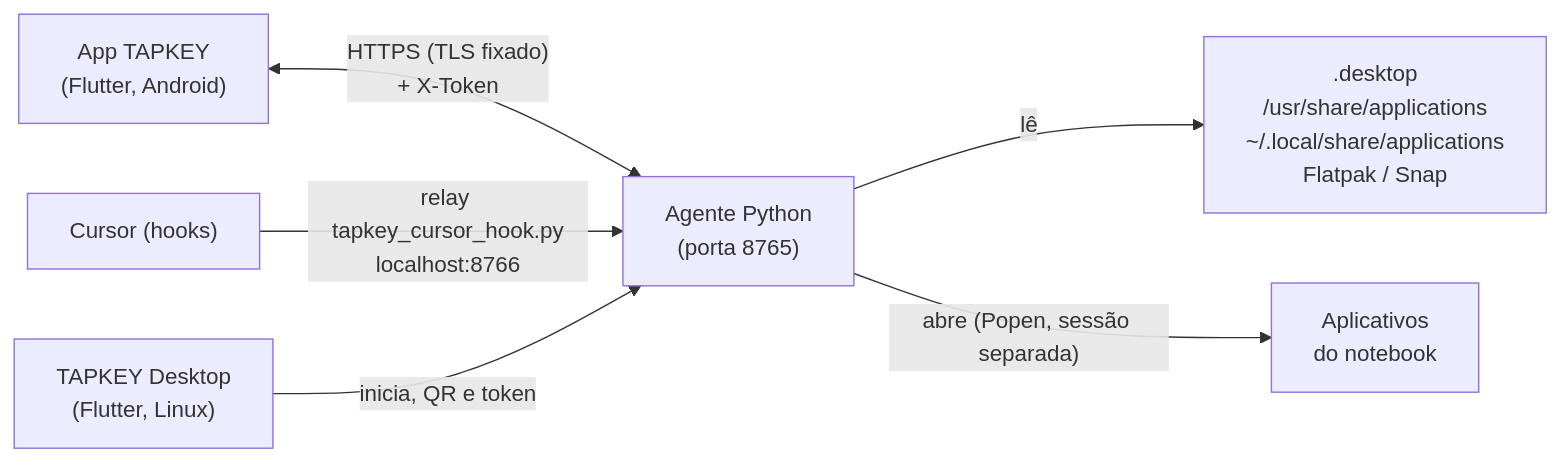
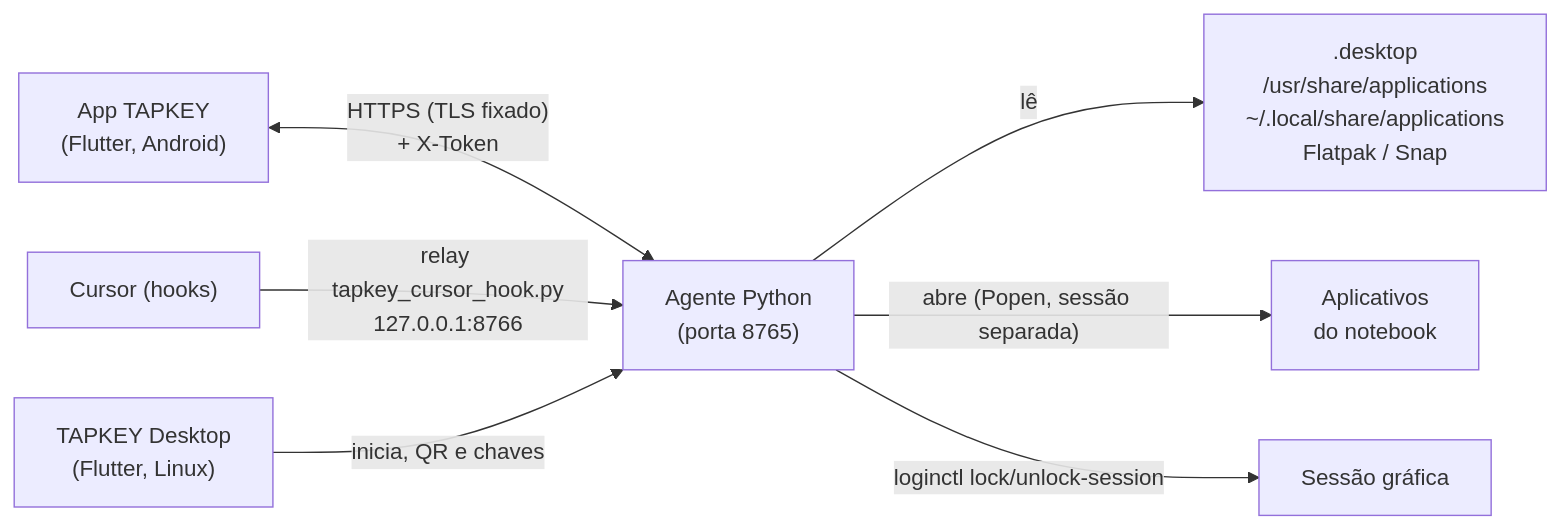
Before and after one commit to heliorosadoneto/TAPKEY: the diagram in README.md, drawn with Mermaid. The commit also changed other lines of this file and 12 other files, not shown here.

````diff
--- a/README.md
+++ b/README.md
@@ -117,8 +148,9 @@
 ```mermaid
 flowchart LR
     A["App TAPKEY<br/>(Flutter, Android)"] <-->|"HTTPS (TLS fixado)<br/>+ X-Token"| B["Agente Python<br/>(porta 8765)"]
-    K["Cursor (hooks)"] -->|"relay tapkey_cursor_hook.py<br/>localhost:8766"| B
-    D["TAPKEY Desktop<br/>(Flutter, Linux)"] -->|"inicia, QR e token"| B
+    K["Cursor (hooks)"] -->|"relay tapkey_cursor_hook.py<br/>127.0.0.1:8766"| B
+    D["TAPKEY Desktop<br/>(Flutter, Linux)"] -->|"inicia, QR e chaves"| B
     B -->|"lê"| C[".desktop<br/>/usr/share/applications<br/>~/.local/share/applications<br/>Flatpak / Snap"]
     B -->|"abre (Popen, sessão separada)"| E["Aplicativos<br/>do notebook"]
+    B -->|"loginctl lock/unlock-session"| F["Sessão gráfica"]
 ```
````
